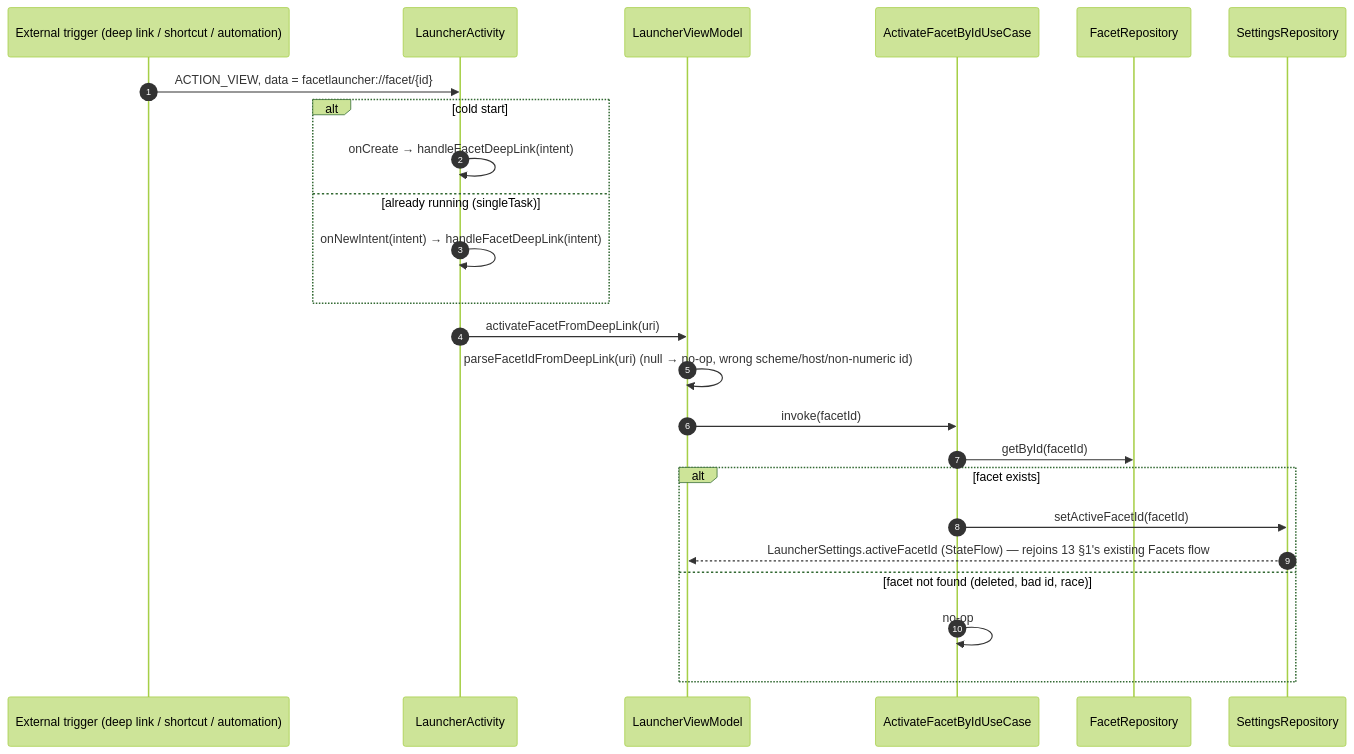
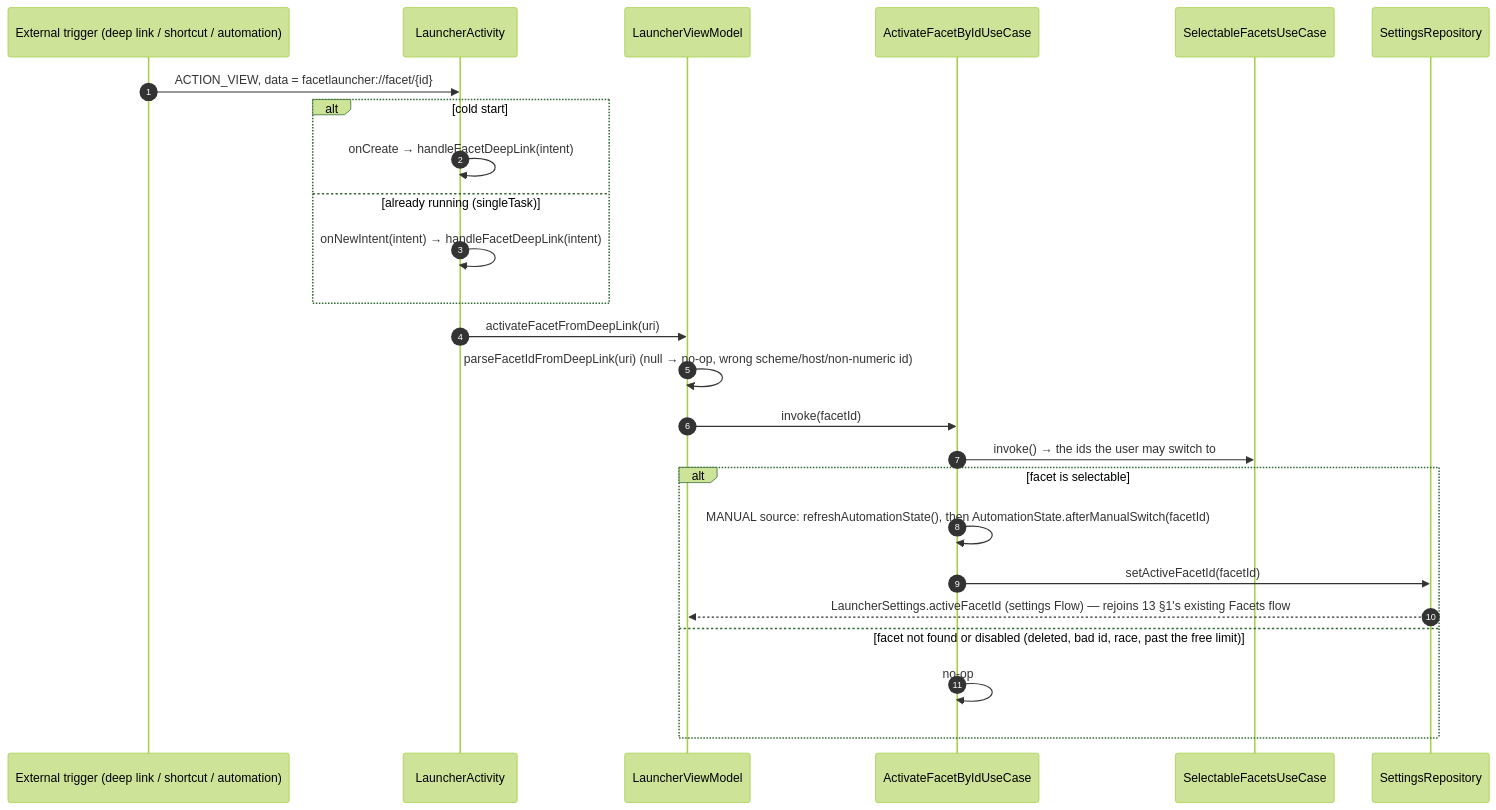
The second of 2 diagrams in docs/architecture/14-flow-deep-links-and-shortcuts.md (rohitganjam/facet-launcher), drawn with Mermaid (forest theme) before and after one commit. The commit also changed other lines of this file and 38 other files, not shown here.

````diff
--- a/docs/architecture/14-flow-deep-links-and-shortcuts.md
+++ b/docs/architecture/14-flow-deep-links-and-shortcuts.md
@@ -46,26 +46,27 @@
 ```mermaid
 sequenceDiagram
     autonumber
     participant Ext as External trigger (deep link / shortcut / automation)
     participant LA as LauncherActivity
     participant LVM as LauncherViewModel
     participant UC as ActivateFacetByIdUseCase
-    participant FR as FacetRepository
+    participant FR as SelectableFacetsUseCase
     participant SR as SettingsRepository
     Ext->>LA: ACTION_VIEW, data = facetlauncher://facet/{id}
     alt cold start
         LA->>LA: onCreate → handleFacetDeepLink(intent)
     else already running (singleTask)
         LA->>LA: onNewIntent(intent) → handleFacetDeepLink(intent)
     end
     LA->>LVM: activateFacetFromDeepLink(uri)
     LVM->>LVM: parseFacetIdFromDeepLink(uri)   (null → no-op, wrong scheme/host/non-numeric id)
     LVM->>UC: invoke(facetId)
-    UC->>FR: getById(facetId)
-    alt facet exists
+    UC->>FR: invoke() → the ids the user may switch to
+    alt facet is selectable
+        UC->>UC: MANUAL source: refreshAutomationState(), then AutomationState.afterManualSwitch(facetId)
         UC->>SR: setActiveFacetId(facetId)
-        SR-->>LVM: LauncherSettings.activeFacetId (StateFlow)   — rejoins 13 §1's existing Facets flow
-    else facet not found (deleted, bad id, race)
+        SR-->>LVM: LauncherSettings.activeFacetId (settings Flow)   — rejoins 13 §1's existing Facets flow
+    else facet not found or disabled (deleted, bad id, race, past the free limit)
         UC->>UC: no-op
     end
 ```
````
